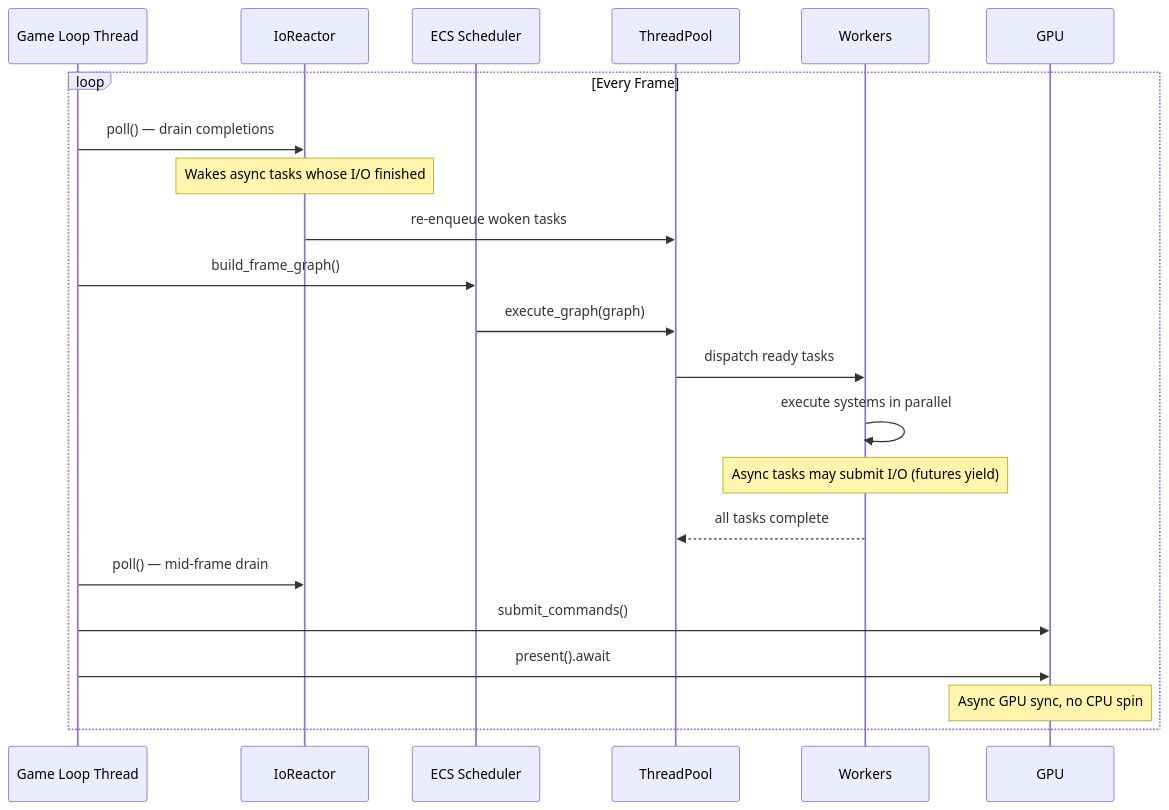
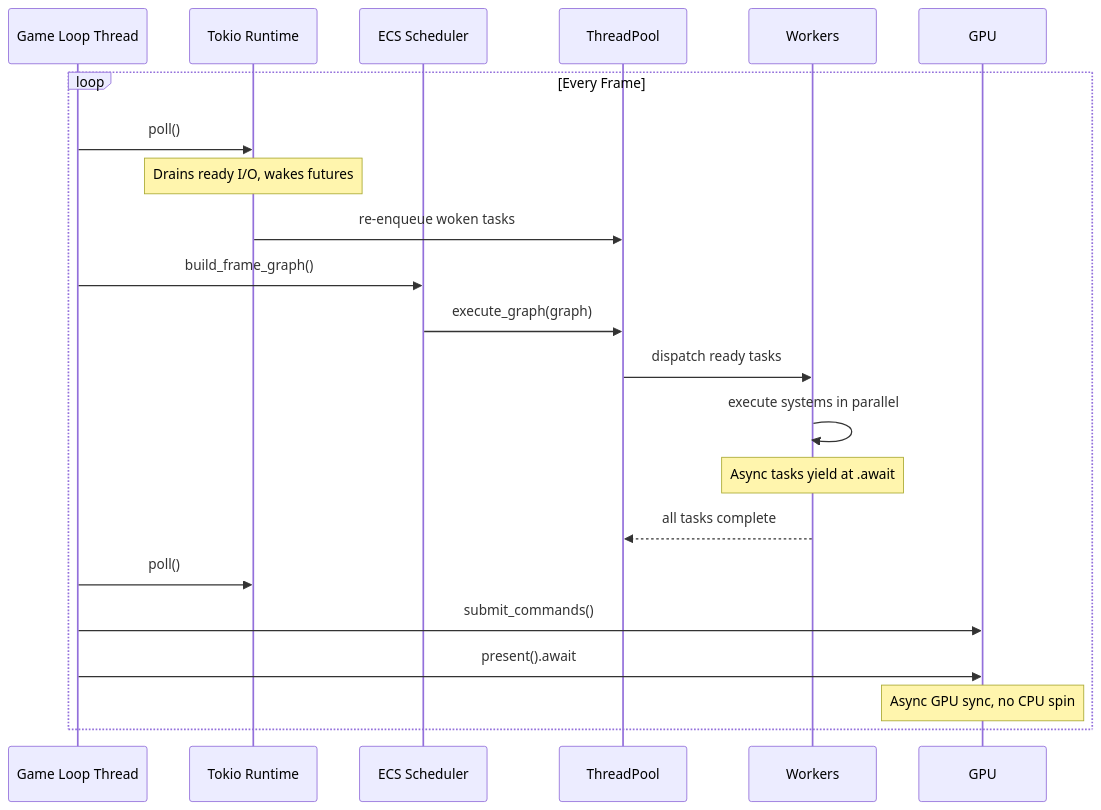
Before and after one commit to harmonius-dev/harmonius: the second of 6 diagrams in docs/design/platform/threading.md, drawn with Mermaid. The commit also changed other lines of this file and 229 other files, not shown here.

````diff
--- a/docs/design/platform/threading.md
+++ b/docs/design/platform/threading.md
@@ -148,27 +135,27 @@
 ```mermaid
 sequenceDiagram
     participant ML as Game Loop Thread
-    participant RE as IoReactor
+    participant TK as Tokio Runtime
     participant ECS as ECS Scheduler
     participant TP as ThreadPool
     participant W as Workers
     participant GPU as GPU
 
     loop Every Frame
-        ML->>RE: poll() — drain completions
-        Note over RE: Wakes async tasks whose I/O finished
-        RE->>TP: re-enqueue woken tasks
+        ML->>TK: poll()
+        Note over TK: Drains ready I/O, wakes futures
+        TK->>TP: re-enqueue woken tasks
 
         ML->>ECS: build_frame_graph()
         ECS->>TP: execute_graph(graph)
         TP->>W: dispatch ready tasks
         W->>W: execute systems in parallel
-        Note over W: Async tasks may submit I/O (futures yield)
+        Note over W: Async tasks yield at .await
         W-->>TP: all tasks complete
 
-        ML->>RE: poll() — mid-frame drain
+        ML->>TK: poll()
         ML->>GPU: submit_commands()
         ML->>GPU: present().await
         Note over GPU: Async GPU sync, no CPU spin
     end
 ```
````
